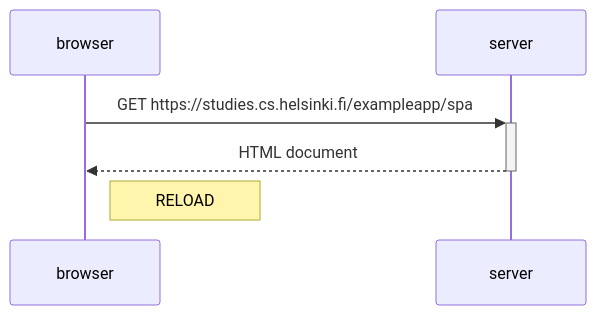
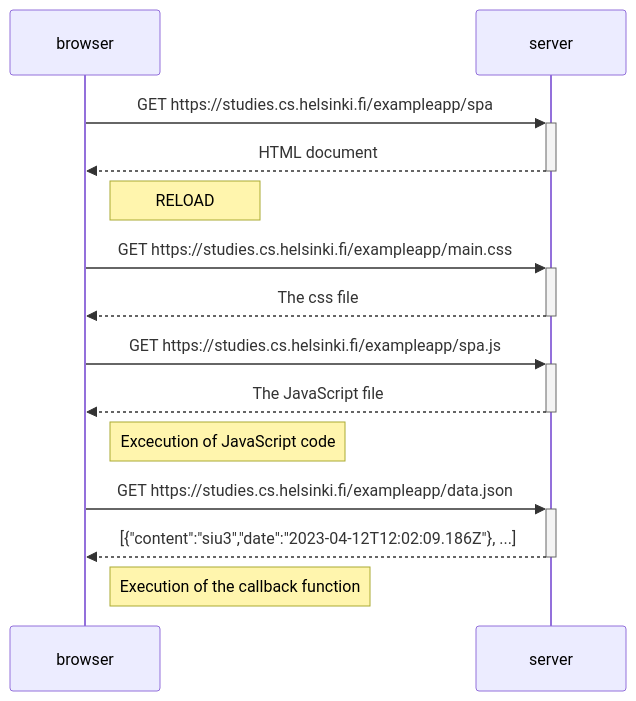
One commit to Tsuri-chan/Full-Stack-Course changed the diagram in Part0/Exercise 0.5.md. Above: the diagram before and after it, drawn with Mermaid.

Commit message:
Update Exercise 0.5.md

````diff
--- a/Part0/Exercise 0.5.md
+++ b/Part0/Exercise 0.5.md
@@ -5,10 +5,22 @@
 ```mermaid
 sequenceDiagram;
     participant browser
     participant server
 
     browser->>+server: GET https://studies.cs.helsinki.fi/exampleapp/spa;
     server-->>-browser: HTML document
     Note right of browser: RELOAD
+    
+    browser->>+server: GET https://studies.cs.helsinki.fi/exampleapp/main.css
+    server-->>-browser: The css file
+    
+    browser->>+server: GET https://studies.cs.helsinki.fi/exampleapp/spa.js
+    server-->>-browser: The JavaScript file
+    Note right of browser: Excecution of JavaScript code
+    
+    browser->>+server: GET https://studies.cs.helsinki.fi/exampleapp/data.json
+    server-->>-browser: [{"content":"siu3","date":"2023-04-12T12:02:09.186Z"}, ...]
+    Note right of browser: Execution of the callback function
+    
   
 ```
````
